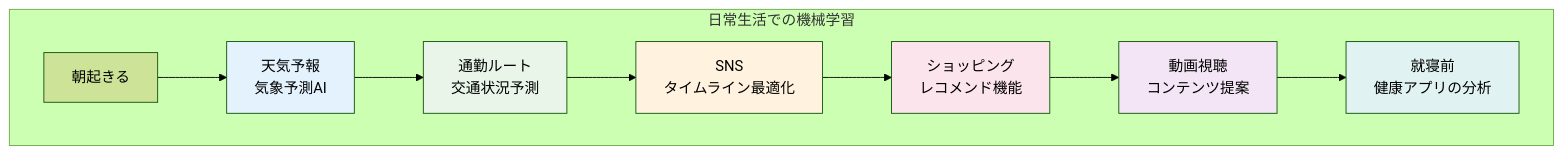
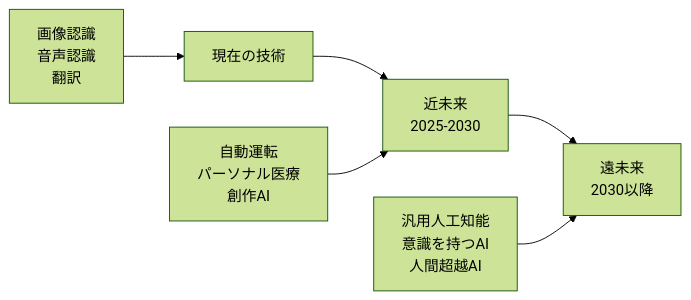
The tenth of 13 diagrams in AI/Machine_Learning.md (SparklingDetergent/doc_genai_mental_model), drawn with Mermaid (forest theme) before and after one commit. The commit also changed other lines of this file, not shown here.

````diff
--- a/AI/Machine_Learning.md
+++ b/AI/Machine_Learning.md
@@ -291,18 +316,12 @@
 ```mermaid
-graph TB
-    subgraph "日常生活での機械学習"
-        A[朝起きる] --> B[天気予報<br/>気象予測AI]
-        B --> C[通勤ルート<br/>交通状況予測]
-        C --> D[SNS<br/>タイムライン最適化]
-        D --> E[ショッピング<br/>レコメンド機能]
-        E --> F[動画視聴<br/>コンテンツ提案]
-        F --> G[就寝前<br/>健康アプリの分析]
-    end
+flowchart LR
+    A[現在の技術] --> B[近未来<br/>2025-2030]
+    B --> C[遠未来<br/>2030以降]
     
-    style B fill:#e3f2fd
-    style C fill:#e8f5e8
-    style D fill:#fff3e0
-    style E fill:#fce4ec
-    style F fill:#f3e5f5
-    style G fill:#e0f2f1
+    A1[画像認識<br/>音声認識<br/>翻訳] --> A
+    B1[自動運転<br/>パーソナル医療<br/>創作AI] --> B
+    C1[汎用人工知能<br/>意識を持つAI<br/>人間超越AI] --> C
+    
+    click B "/docs/near-future-ai.md" "近未来のAI技術"
+    click C "/docs/far-future-ai.md" "遠未来のAI可能性"
 ```
````
